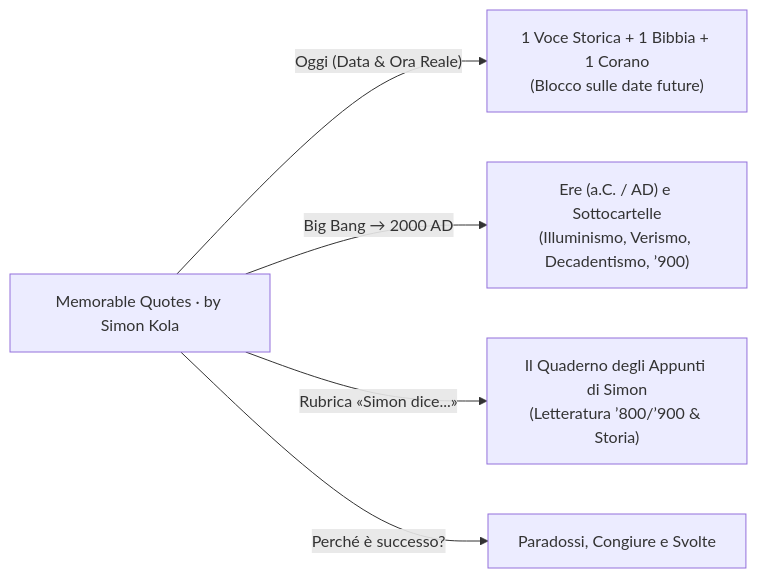
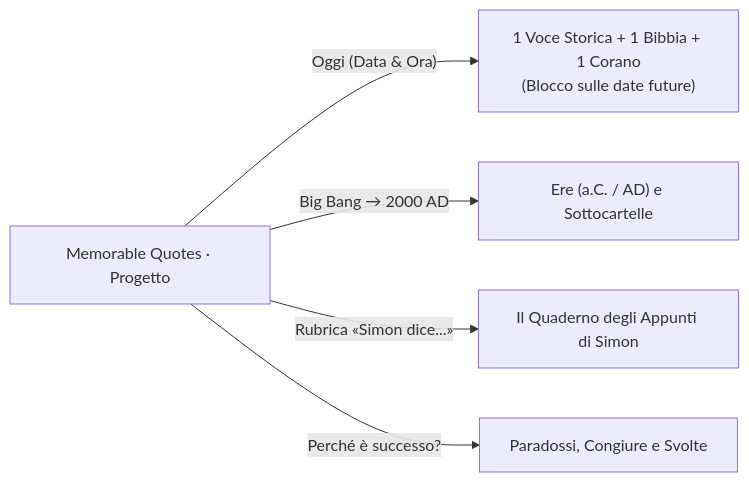
Before and after one commit to simonkolaaa/MQ: the diagram in README.md, drawn with Mermaid.

Commit message:
Revise flowchart UI labels in README
Updated the UI labels in the flowchart to reflect project name changes and improved clarity.

````diff
--- a/README.md
+++ b/README.md
@@ -9,7 +9,7 @@
 ```mermaid
 flowchart LR
-    UI[" Memorable Quotes · by Simon Kola"] -->|"Oggi (Data & Ora Reale)"| TRIO[" 1 Voce Storica + 1 Bibbia + 1 Corano\n(Blocco sulle date future)"]
-    UI -->|"Big Bang → 2000 AD"| TREE[" Ere (a.C. / AD) e Sottocartelle\n(Illuminismo, Verismo, Decadentismo, ’900)"]
-    UI -->|"Rubrica «Simon dice...»"| NOTES[" Il Quaderno degli Appunti di Simon\n(Letteratura ’800/’900 & Storia)"]
+    UI[" Memorable Quotes · Progetto"] -->|"Oggi (Data & Ora)"| TRIO[" 1 Voce Storica + 1 Bibbia + 1 Corano\n(Blocco sulle date future)"]
+    UI -->|"Big Bang → 2000 AD"| TREE[" Ere (a.C. / AD) e Sottocartelle"]
+    UI -->|"Rubrica «Simon dice...»"| NOTES[" Il Quaderno degli Appunti di Simon"]
     UI -->|"Perché è successo?"| INQ[" Paradossi, Congiure e Svolte"]
 ```
````
